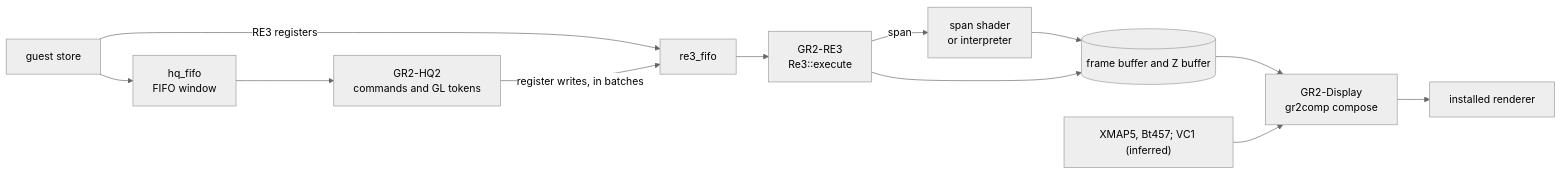
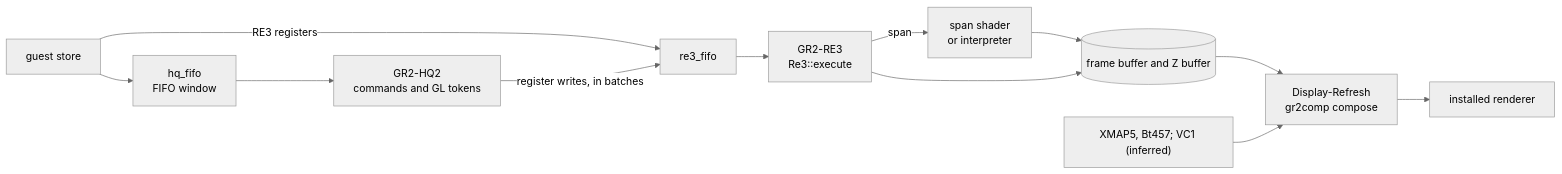
Before and after one commit to techomancer/iris: the second of 3 diagrams in docs/graphics/gr2.md, drawn with Mermaid (neutral theme). The commit also changed other lines of this file and 8 other files, not shown here.

First line of the commit message:
docs: the display refresh thread

````diff
--- a/docs/graphics/gr2.md
+++ b/docs/graphics/gr2.md
@@ -40,14 +40,14 @@
 ```mermaid
 flowchart LR
   CPU["guest store"] --> HQF["hq_fifo<br/>FIFO window"]
   CPU -- "RE3 registers" --> RF["re3_fifo"]
   HQF --> HQ["GR2-HQ2<br/>commands and GL tokens"]
   HQ -- "register writes, in batches" --> RF
   RF --> RE3["GR2-RE3<br/>Re3::execute"]
   RE3 -- "span" --> JIT["span shader<br/>or interpreter"]
   JIT --> VRAM[("frame buffer and Z buffer")]
   RE3 --> VRAM
-  VRAM --> DISP["GR2-Display<br/>gr2comp compose"]
+  VRAM --> DISP["Display-Refresh<br/>gr2comp compose"]
   TAB["XMAP5, Bt457; VC1 (inferred)"] --> DISP
   DISP --> SCR["installed renderer"]
 ```
````
